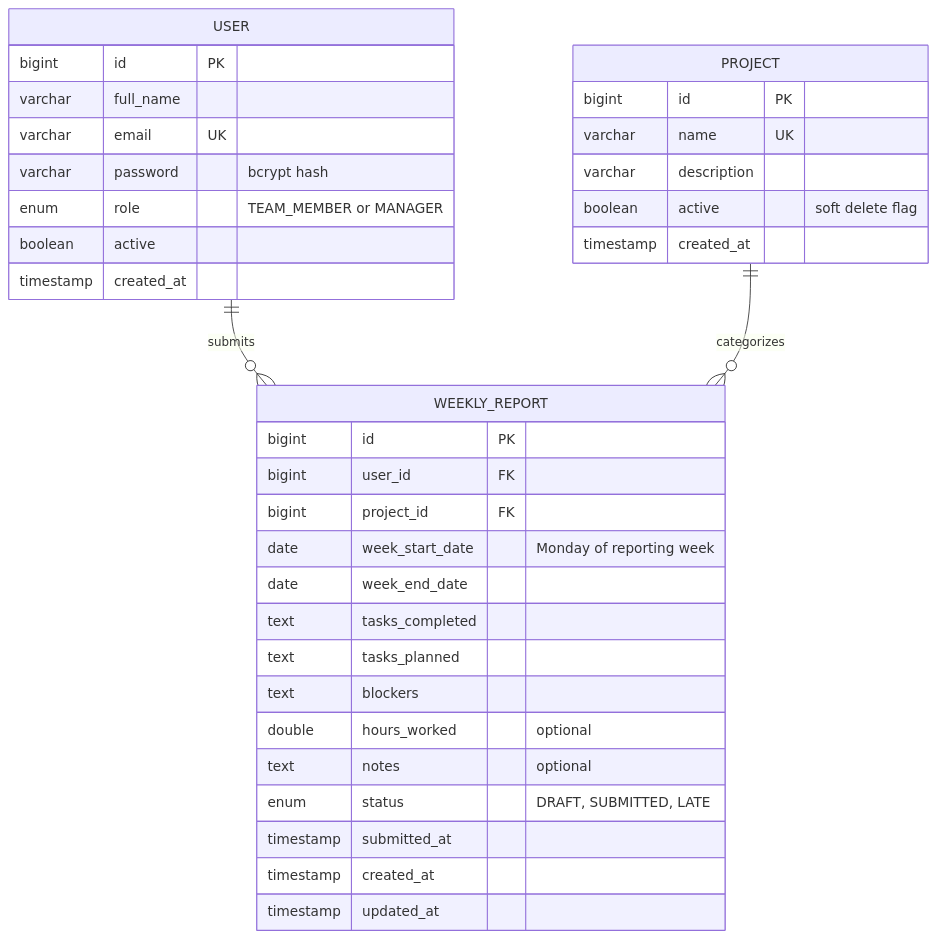
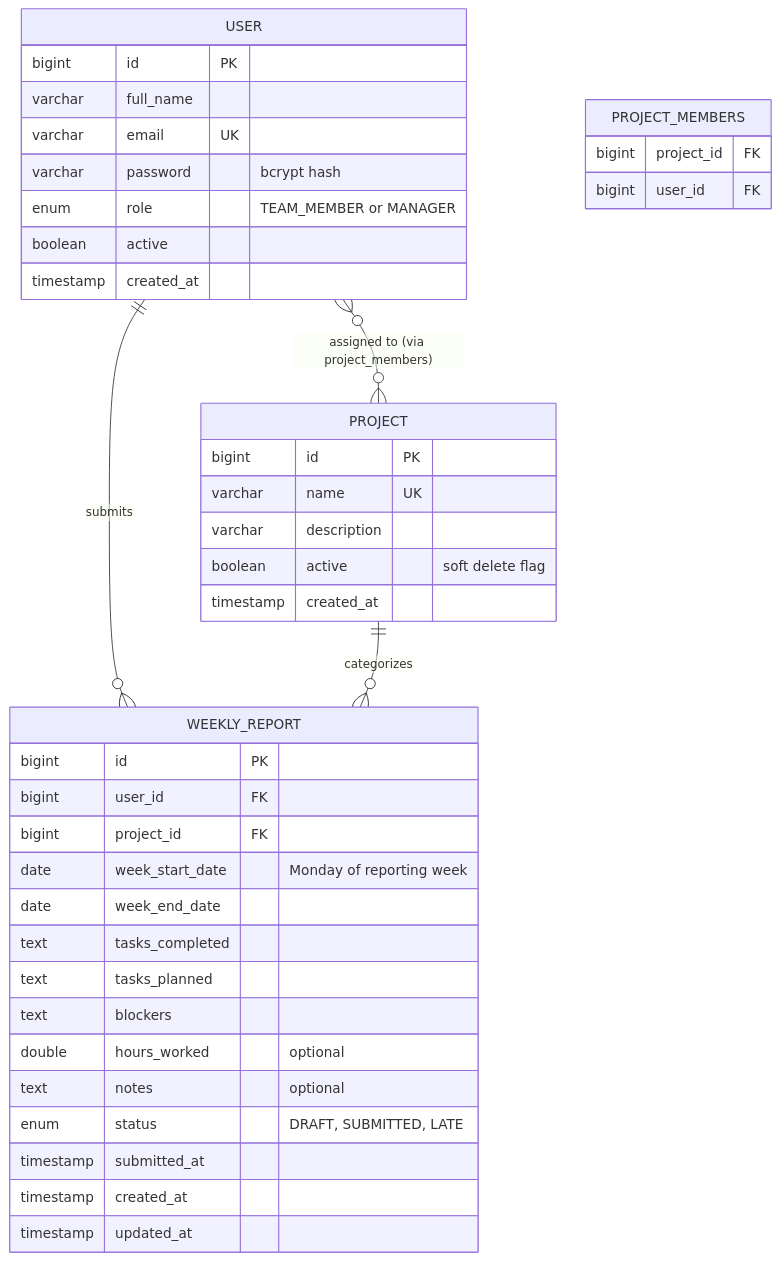
The diagram in ER-DIAGRAM.md (ImashaKumarasinghe/Weekly_Report), drawn with Mermaid before and after one commit. The commit also changed other lines of this file and 17 other files, not shown here.

````diff
--- a/ER-DIAGRAM.md
+++ b/ER-DIAGRAM.md
@@ -7,40 +7,46 @@
 ```mermaid
 erDiagram
     USER ||--o{ WEEKLY_REPORT : "submits"
     PROJECT ||--o{ WEEKLY_REPORT : "categorizes"
+    USER }o--o{ PROJECT : "assigned to (via project_members)"
 
     USER {
         bigint id PK
         varchar full_name
         varchar email UK
         varchar password "bcrypt hash"
         enum role "TEAM_MEMBER or MANAGER"
         boolean active
         timestamp created_at
     }
 
     PROJECT {
         bigint id PK
         varchar name UK
         varchar description
         boolean active "soft delete flag"
         timestamp created_at
     }
 
+    PROJECT_MEMBERS {
+        bigint project_id FK
+        bigint user_id FK
+    }
+
     WEEKLY_REPORT {
         bigint id PK
         bigint user_id FK
         bigint project_id FK
         date week_start_date "Monday of reporting week"
         date week_end_date
         text tasks_completed
         text tasks_planned
         text blockers
         double hours_worked "optional"
         text notes "optional"
         enum status "DRAFT, SUBMITTED, LATE"
         timestamp submitted_at
         timestamp created_at
         timestamp updated_at
     }
 ```
````
